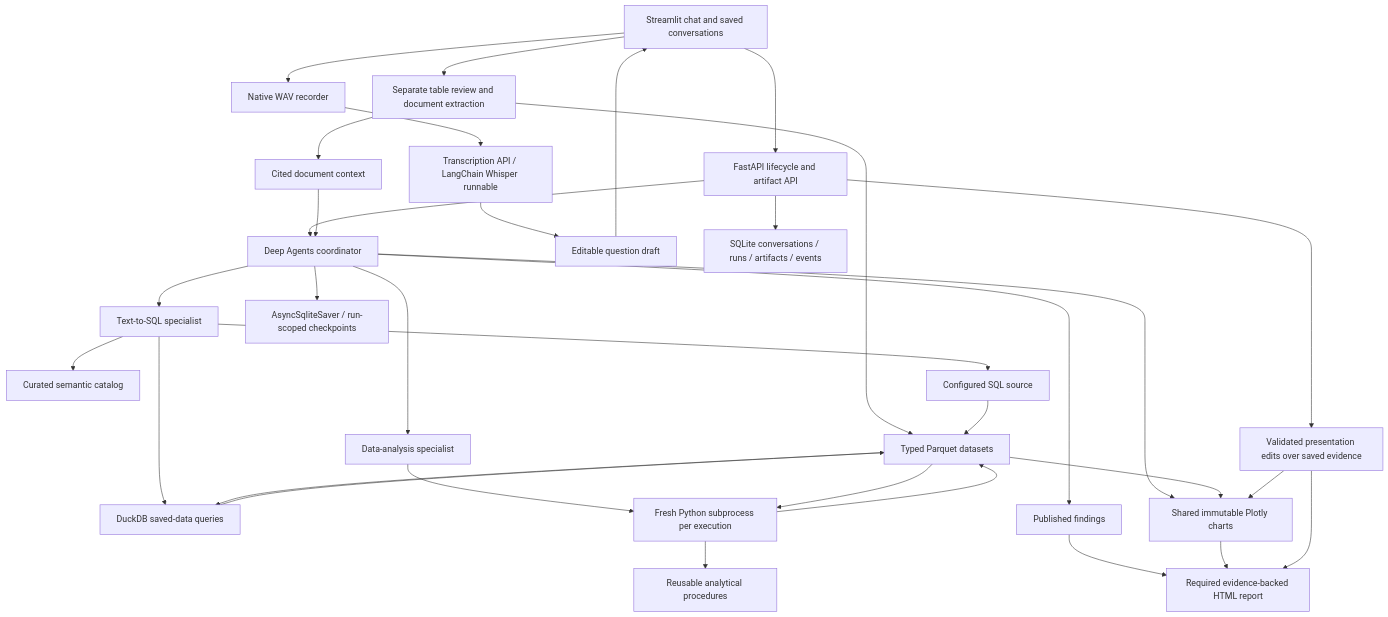
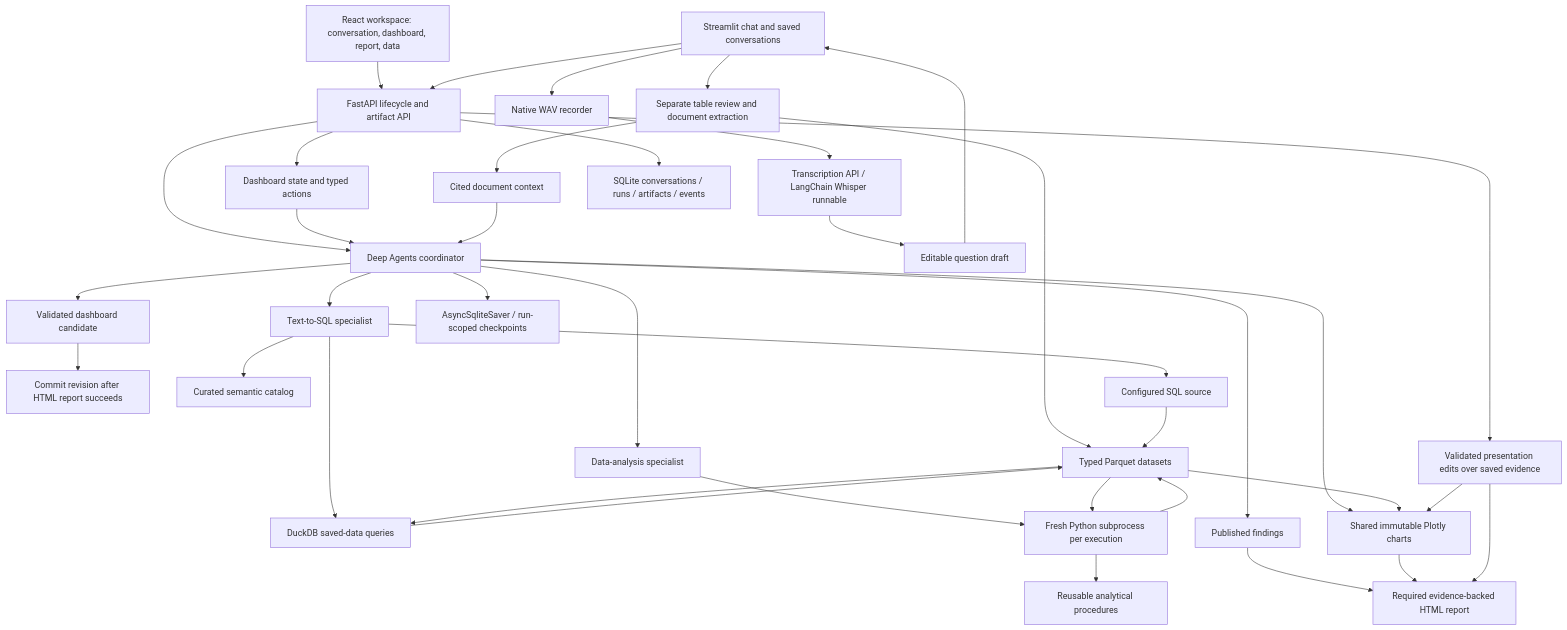
The diagram in data-analytics-agent/doc/development/architecture.md (lizequnwz/deepagents-agents), drawn with Mermaid before and after one commit. The commit also changed other lines of this file and 106 other files, not shown here.

````diff
--- a/data-analytics-agent/doc/development/architecture.md
+++ b/data-analytics-agent/doc/development/architecture.md
@@ -3,35 +3,40 @@
 ```mermaid
 flowchart TD
+    React[React workspace: conversation, dashboard, report, data] --> API
     UI[Streamlit chat and saved conversations] --> API[FastAPI lifecycle and artifact API]
     API --> C[Deep Agents coordinator]
     UI --> Voice[Native WAV recorder]
     Voice --> STT[Transcription API / LangChain Whisper runnable]
     STT --> Draft[Editable question draft]
     Draft --> UI
     API --> Edit[Validated presentation edits over saved evidence]
+    API --> Dash[Dashboard state and typed actions]
+    Dash --> C
+    C --> DashSpec[Validated dashboard candidate]
+    DashSpec --> Commit[Commit revision after HTML report succeeds]
     C --> S[Text-to-SQL specialist]
     C --> P[Data-analysis specialist]
     S --> OSI[Curated semantic catalog]
     S --> Source[Configured SQL source]
     S --> Duck[DuckDB saved-data queries]
     P --> Py[Fresh Python subprocess per execution]
     Py --> Methods[Reusable analytical procedures]
     UI --> Intake[Separate table review and document extraction]
     Intake --> D
     Intake --> Docs[Cited document context]
     Docs --> C
     Source --> D[Typed Parquet datasets]
     Duck --> D
     D --> Duck
     D --> Py
     Py --> D
     C --> Chart[Shared immutable Plotly charts]
     D --> Chart
     C --> Findings[Published findings]
     Findings --> Report[Required evidence-backed HTML report]
     Chart --> Report
     Edit --> Chart
     Edit --> Report
     API --> Metadata[SQLite conversations / runs / artifacts / events]
     C --> Checkpoints[AsyncSqliteSaver / run-scoped checkpoints]
 ```
````
